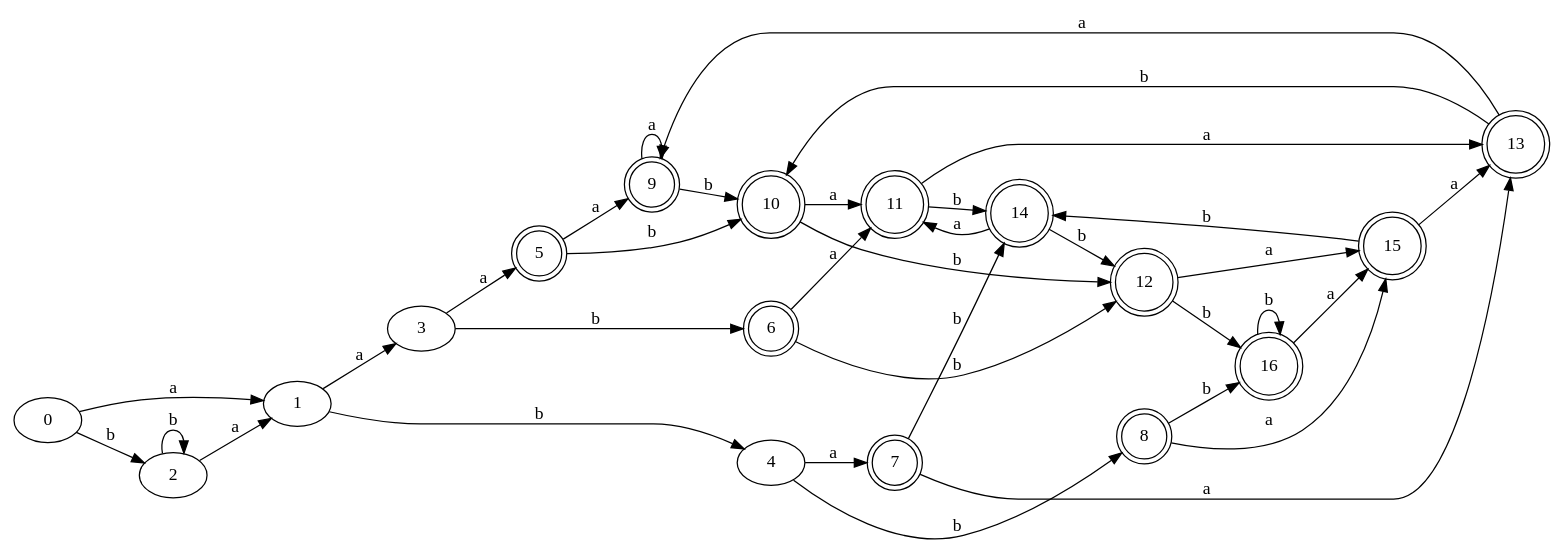
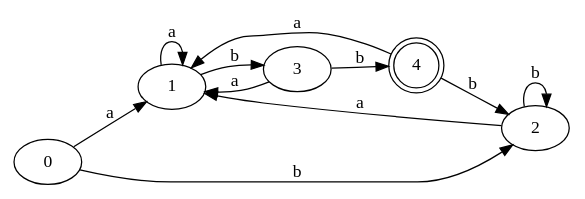
The diagram in graficas/Subconjuntos.gv (rmonzon98/Dise-o-de-lenguajes), drawn with Graphviz before and after one commit. The commit also changed 12 other files, not shown here.

```diff
--- a/graficas/Subconjuntos.gv
+++ b/graficas/Subconjuntos.gv
@@ -1,54 +1,18 @@
 digraph Automata {
 	rankdir=LR
 	0 [label=0]
 	1 [label=1]
 	2 [label=2]
 	3 [label=3]
-	4 [label=4]
-	5 [label=5 shape=doublecircle]
-	6 [label=6 shape=doublecircle]
-	7 [label=7 shape=doublecircle]
-	8 [label=8 shape=doublecircle]
-	9 [label=9 shape=doublecircle]
-	10 [label=10 shape=doublecircle]
-	11 [label=11 shape=doublecircle]
-	12 [label=12 shape=doublecircle]
-	13 [label=13 shape=doublecircle]
-	14 [label=14 shape=doublecircle]
-	15 [label=15 shape=doublecircle]
-	16 [label=16 shape=doublecircle]
+	4 [label=4 shape=doublecircle]
 	0 -> 1 [label=a]
 	0 -> 2 [label=b]
-	1 -> 3 [label=a]
-	1 -> 4 [label=b]
+	1 -> 1 [label=a]
+	1 -> 3 [label=b]
 	2 -> 1 [label=a]
 	2 -> 2 [label=b]
-	3 -> 5 [label=a]
-	3 -> 6 [label=b]
-	4 -> 7 [label=a]
-	4 -> 8 [label=b]
-	5 -> 9 [label=a]
-	5 -> 10 [label=b]
-	6 -> 11 [label=a]
-	6 -> 12 [label=b]
-	7 -> 13 [label=a]
-	7 -> 14 [label=b]
-	8 -> 15 [label=a]
-	8 -> 16 [label=b]
-	9 -> 9 [label=a]
-	9 -> 10 [label=b]
-	10 -> 11 [label=a]
-	10 -> 12 [label=b]
-	11 -> 13 [label=a]
-	11 -> 14 [label=b]
-	12 -> 15 [label=a]
-	12 -> 16 [label=b]
-	13 -> 9 [label=a]
-	13 -> 10 [label=b]
-	14 -> 11 [label=a]
-	14 -> 12 [label=b]
-	15 -> 13 [label=a]
-	15 -> 14 [label=b]
-	16 -> 15 [label=a]
-	16 -> 16 [label=b]
+	3 -> 1 [label=a]
+	3 -> 4 [label=b]
+	4 -> 1 [label=a]
+	4 -> 2 [label=b]
 }
```
